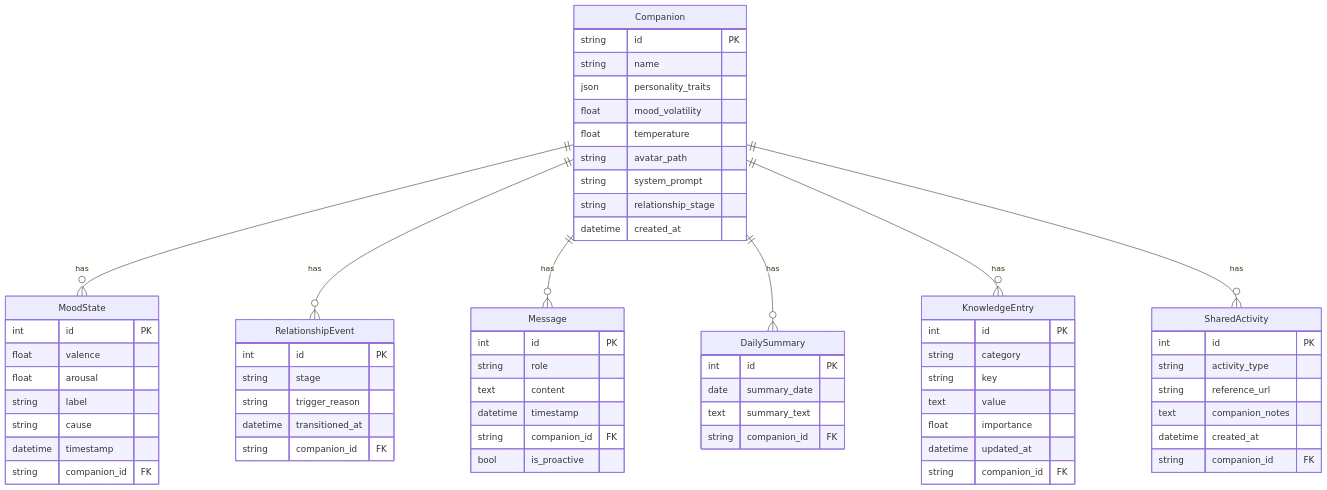
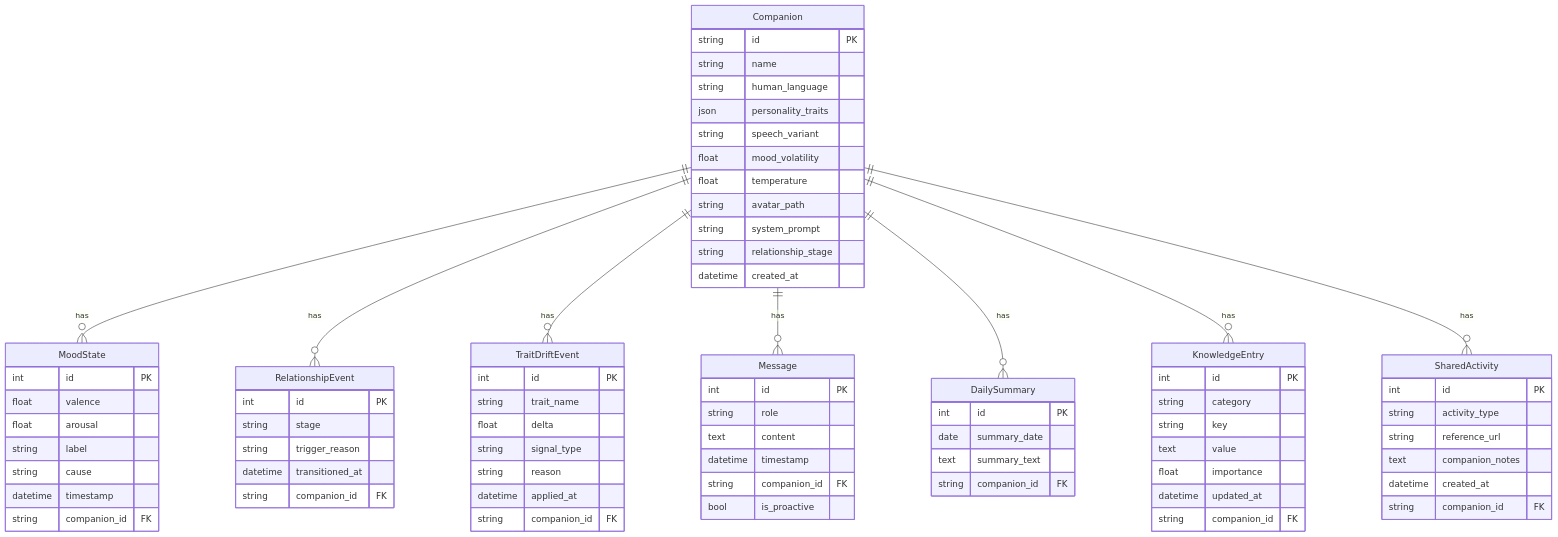
Before and after one commit to mikhailsal/mai-gram: the second of 2 diagrams in .cursor/plans/mai_companion_plan_bce23cce.plan.md, drawn with Mermaid. The commit also changed other lines of this file and 5 other files, not shown here.

```diff
--- a/.cursor/plans/mai_companion_plan_bce23cce.plan.md
+++ b/.cursor/plans/mai_companion_plan_bce23cce.plan.md
@@ -168,13 +168,25 @@
     Companion {
         string id PK
         string name
+        string human_language
         json personality_traits
+        string speech_variant
         float mood_volatility
         float temperature
         string avatar_path
         string system_prompt
         string relationship_stage
         datetime created_at
+    }
+
+    TraitDriftEvent {
+        int id PK
+        string trait_name
+        float delta
+        string signal_type
+        string reason
+        datetime applied_at
+        string companion_id FK
     }
 
     MoodState {
@@ -232,6 +244,7 @@
 
     Companion ||--o{ MoodState : has
     Companion ||--o{ RelationshipEvent : has
+    Companion ||--o{ TraitDriftEvent : has
     Companion ||--o{ Message : has
     Companion ||--o{ DailySummary : has
     Companion ||--o{ KnowledgeEntry : has
```
